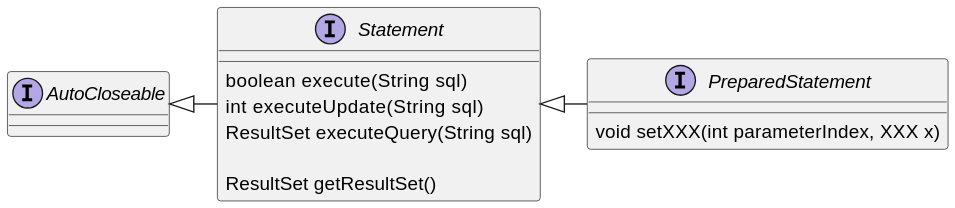
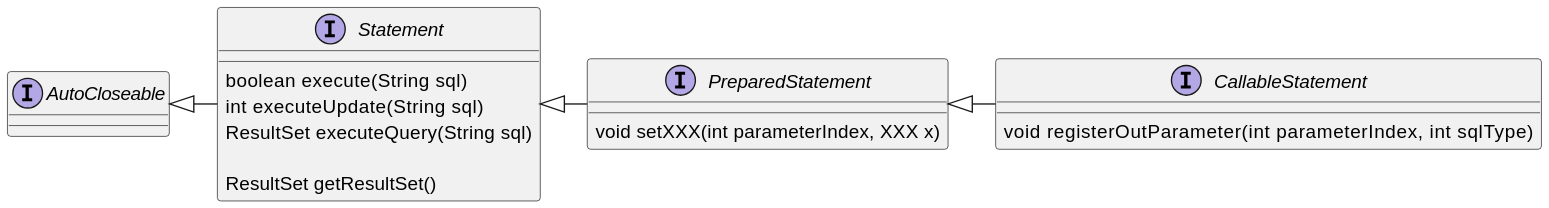
The fourth of 7 diagrams in slides08/src/main/asciidoc/lecture.adoc (inponomarev/java-mipt), drawn with PlantUML before and after one commit. The commit also changed other lines of this file, not shown here.

Commit message:
callablestatement

```diff
--- a/slides08/src/main/asciidoc/lecture.adoc
+++ b/slides08/src/main/asciidoc/lecture.adoc
@@ -192,23 +193,28 @@
 [plantuml, iostreams, png]
 ----
 @startuml
 
 skinparam dpi 180 
 
 interface AutoCloseable
 interface Statement {
 boolean execute(String sql)
 int executeUpdate(String sql)
 ResultSet executeQuery(String sql)
 
 ResultSet getResultSet()
 }
 
 interface PreparedStatement {
 void setXXX(int parameterIndex, XXX x)
 }
 
+interface CallableStatement {
+void registerOutParameter(int parameterIndex, int sqlType)
+}
+
 AutoCloseable <|- Statement
 Statement <|- PreparedStatement
+PreparedStatement <|- CallableStatement
 @enduml
 ----
```
